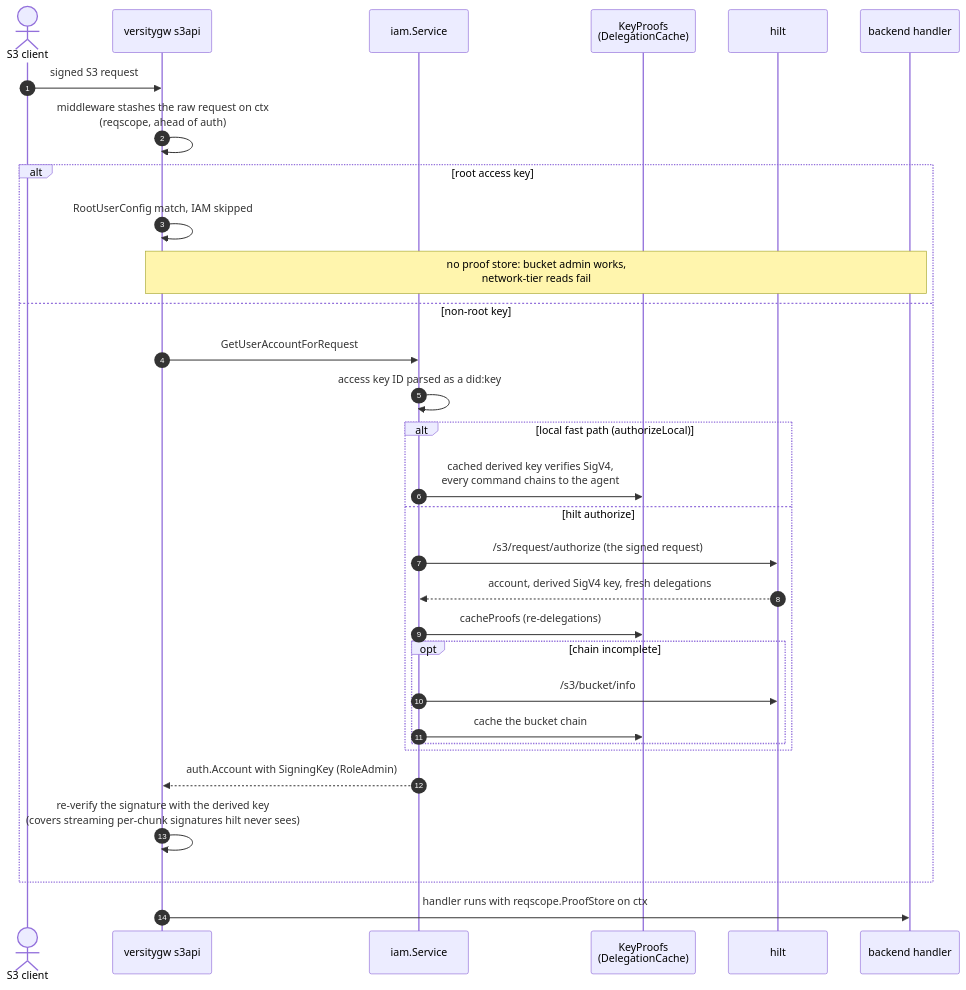
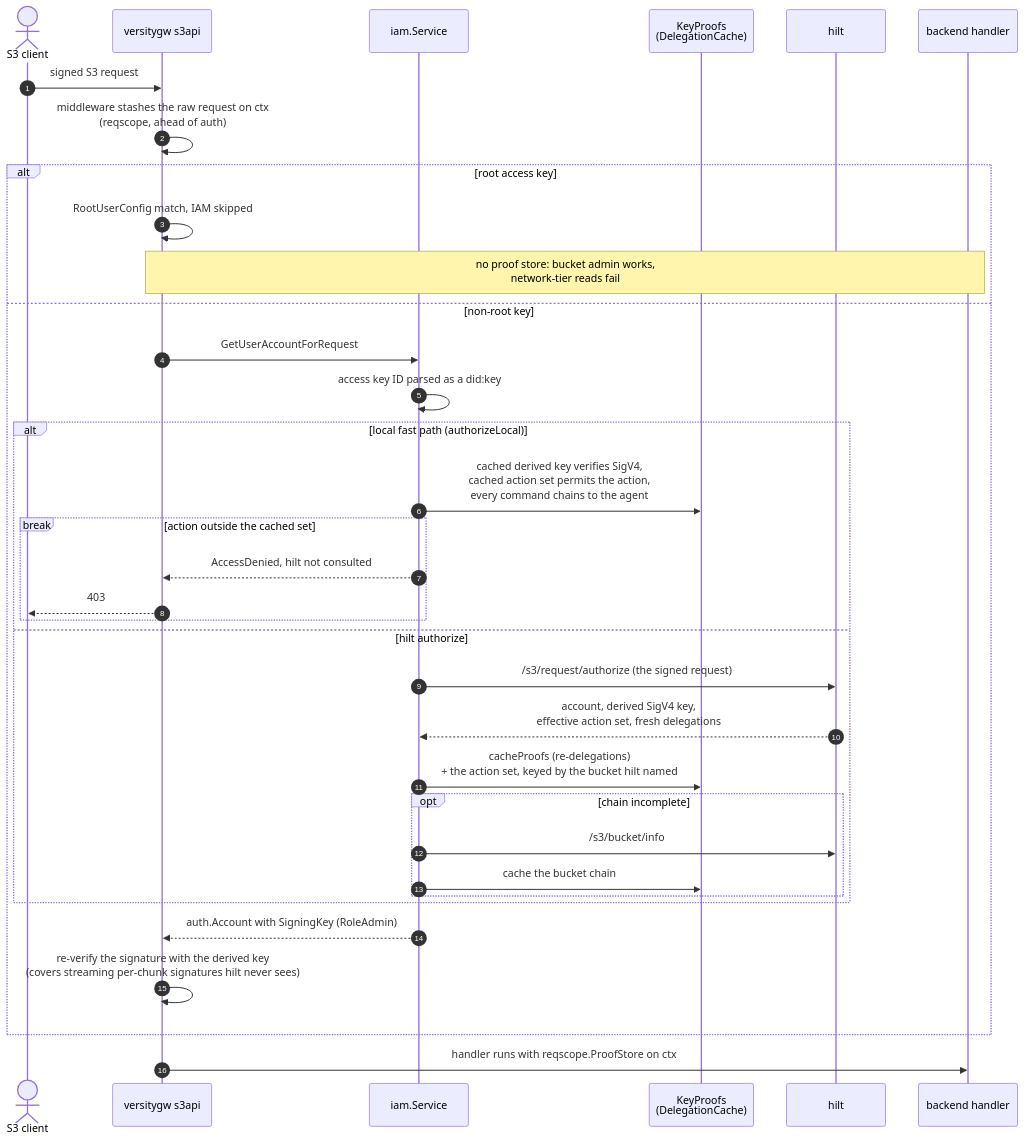
Diagram 12 of 14 in docs/diagrams.md (fil-forge/ingot), drawn with Mermaid before and after one commit. The commit also changed other lines of this file and 3 other files, not shown here.

First line of the commit message:
feat(iam): enforce the effective action set on the fast path

````diff
--- a/docs/diagrams.md
+++ b/docs/diagrams.md
@@ -701,34 +708,38 @@
 ```mermaid
 sequenceDiagram
     autonumber
     actor C as S3 client
     participant G as versitygw s3api
     participant I as iam.Service
     participant K as KeyProofs<br/>(DelegationCache)
     participant H as hilt
     participant B as backend handler
 
     C->>G: signed S3 request
     G->>G: middleware stashes the raw request on ctx<br/>(reqscope, ahead of auth)
     alt root access key
         G->>G: RootUserConfig match, IAM skipped
         Note over G,B: no proof store: bucket admin works,<br/>network-tier reads fail
     else non-root key
         G->>I: GetUserAccountForRequest
         I->>I: access key ID parsed as a did:key
         alt local fast path (authorizeLocal)
-            I->>K: cached derived key verifies SigV4,<br/>every command chains to the agent
+            I->>K: cached derived key verifies SigV4,<br/>cached action set permits the action,<br/>every command chains to the agent
+            break action outside the cached set
+                I-->>G: AccessDenied, hilt not consulted
+                G-->>C: 403
+            end
         else hilt authorize
             I->>H: /s3/request/authorize (the signed request)
-            H-->>I: account, derived SigV4 key, fresh delegations
-            I->>K: cacheProofs (re-delegations)
+            H-->>I: account, derived SigV4 key,<br/>effective action set, fresh delegations
+            I->>K: cacheProofs (re-delegations)<br/>+ the action set, keyed by the bucket hilt named
             opt chain incomplete
                 I->>H: /s3/bucket/info
                 I->>K: cache the bucket chain
             end
         end
         I-->>G: auth.Account with SigningKey (RoleAdmin)
         G->>G: re-verify the signature with the derived key<br/>(covers streaming per-chunk signatures hilt never sees)
     end
     G->>B: handler runs with reqscope.ProofStore on ctx
 ```
````
